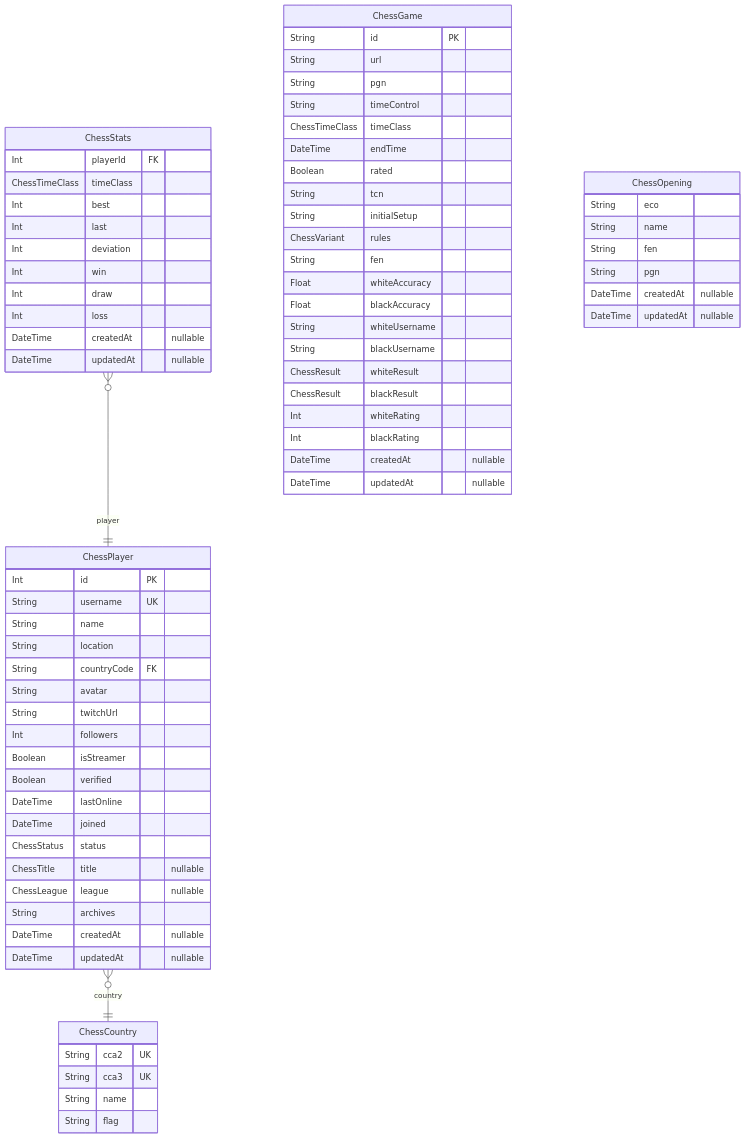
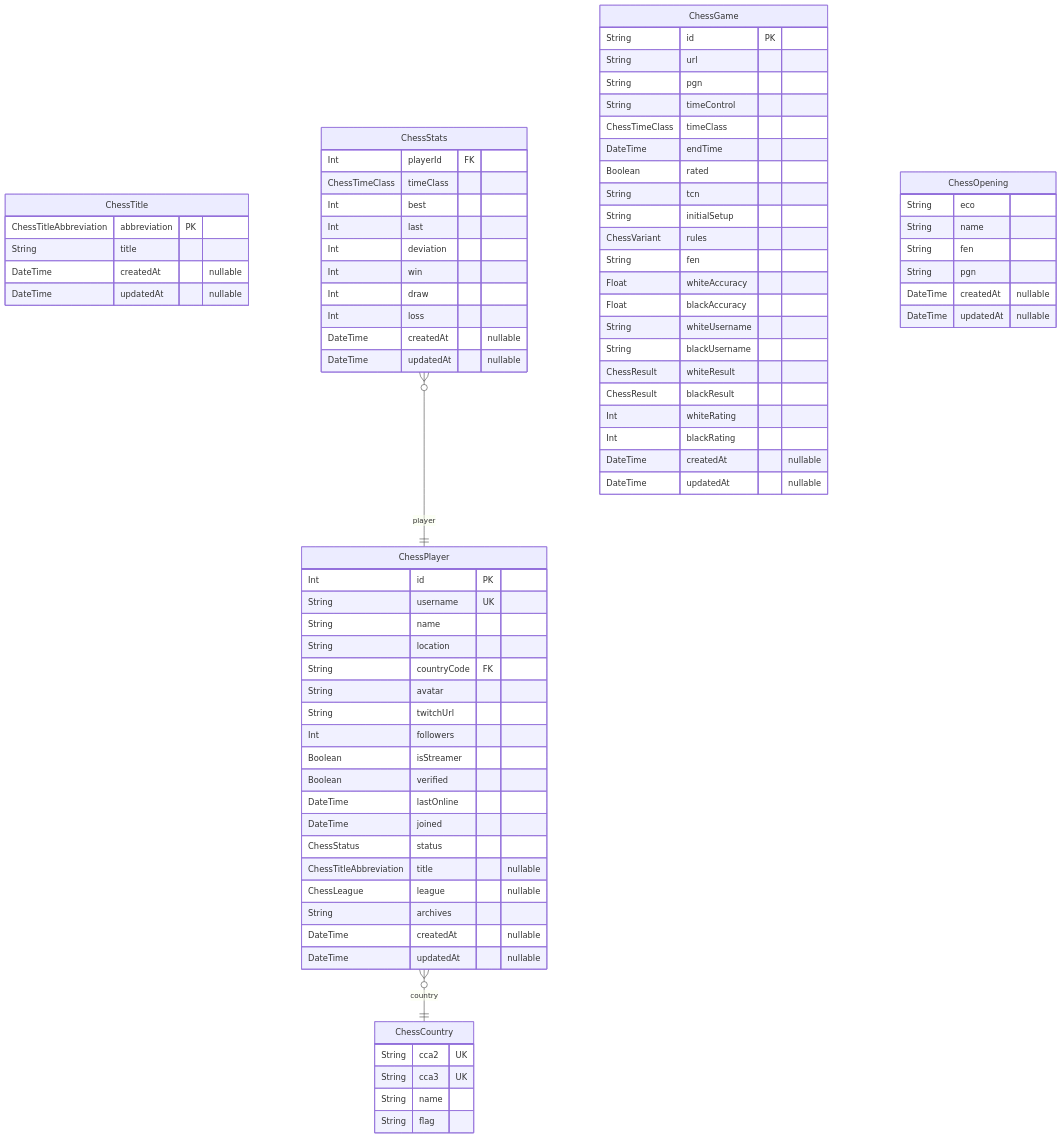
Before and after one commit to hieudoanm/hieudoanm.github.io: the diagram in frontend/app/chess/prisma/README.md, drawn with Mermaid. The commit also changed other lines of this file and 68 other files, not shown here.

````diff
--- a/frontend/app/chess/prisma/README.md
+++ b/frontend/app/chess/prisma/README.md
@@ -7,74 +7,80 @@
 ```mermaid
 erDiagram
 "ChessPlayer" {
     Int id PK
     String username UK
     String name
     String location
     String countryCode FK
     String avatar
     String twitchUrl
     Int followers
     Boolean isStreamer
     Boolean verified
     DateTime lastOnline
     DateTime joined
     ChessStatus status
-    ChessTitle title "nullable"
+    ChessTitleAbbreviation title "nullable"
     ChessLeague league "nullable"
     String archives
+    DateTime createdAt "nullable"
+    DateTime updatedAt "nullable"
+}
+"ChessTitle" {
+    ChessTitleAbbreviation abbreviation PK
+    String title
     DateTime createdAt "nullable"
     DateTime updatedAt "nullable"
 }
 "ChessCountry" {
     String cca2 UK
     String cca3 UK
     String name
     String flag
 }
 "ChessStats" {
     Int playerId FK
     ChessTimeClass timeClass
     Int best
     Int last
     Int deviation
     Int win
     Int draw
     Int loss
     DateTime createdAt "nullable"
     DateTime updatedAt "nullable"
 }
 "ChessGame" {
     String id PK
     String url
     String pgn
     String timeControl
     ChessTimeClass timeClass
     DateTime endTime
     Boolean rated
     String tcn
     String initialSetup
     ChessVariant rules
     String fen
     Float whiteAccuracy
     Float blackAccuracy
     String whiteUsername
     String blackUsername
     ChessResult whiteResult
     ChessResult blackResult
     Int whiteRating
     Int blackRating
     DateTime createdAt "nullable"
     DateTime updatedAt "nullable"
 }
 "ChessOpening" {
     String eco
     String name
     String fen
     String pgn
     DateTime createdAt "nullable"
     DateTime updatedAt "nullable"
 }
 "ChessPlayer" }o--|| "ChessCountry" : country
 "ChessStats" }o--|| "ChessPlayer" : player
 ```
````
